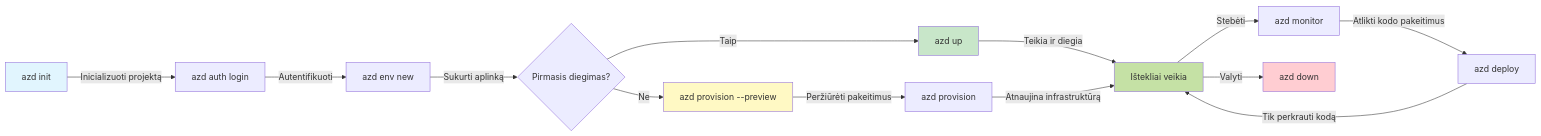
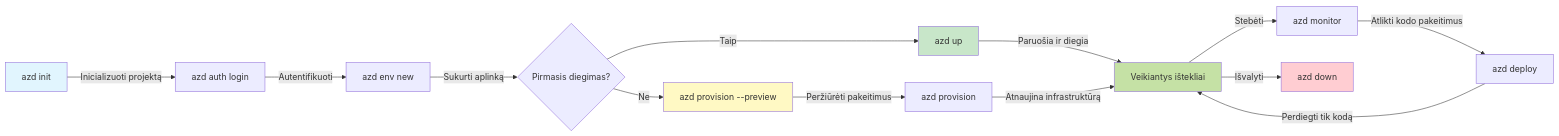
One commit to microsoft/AZD-for-beginners changed the first of 2 diagrams in translations/lt/docs/chapter-01-foundation/azd-basics.md. Above: the diagram before and after it, drawn with Mermaid. The commit also changed other lines of this file and 104 other files, not shown here.

````diff
--- a/translations/lt/docs/chapter-01-foundation/azd-basics.md
+++ b/translations/lt/docs/chapter-01-foundation/azd-basics.md
@@ -269,21 +269,21 @@
 ```mermaid
 graph LR
     A[azd init] -->|Inicializuoti projektą| B[azd auth login]
     B -->|Autentifikuoti| C[azd env new]
     C -->|Sukurti aplinką| D{Pirmasis diegimas?}
     D -->|Taip| E[azd up]
     D -->|Ne| F[azd provision --preview]
     F -->|Peržiūrėti pakeitimus| G[azd provision]
-    E -->|Teikia ir diegia| H[Ištekliai veikia]
+    E -->|Paruošia ir diegia| H[Veikiantys ištekliai]
     G -->|Atnaujina infrastruktūrą| H
     H -->|Stebėti| I[azd monitor]
     I -->|Atlikti kodo pakeitimus| J[azd deploy]
-    J -->|Tik perkrauti kodą| H
-    H -->|Valyti| K[azd down]
+    J -->|Perdiegti tik kodą| H
+    H -->|Išvalyti| K[azd down]
     
     style A fill:#e1f5fe
     style E fill:#c8e6c9
     style F fill:#fff9c4
     style H fill:#c5e1a5
     style K fill:#ffcdd2
 ```
````
